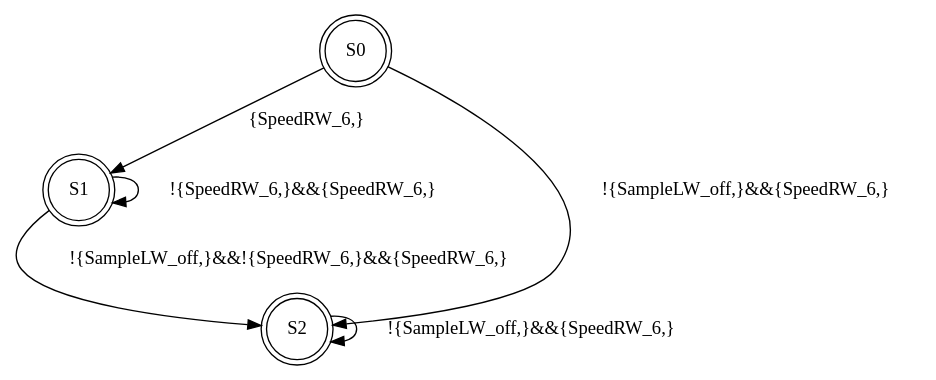
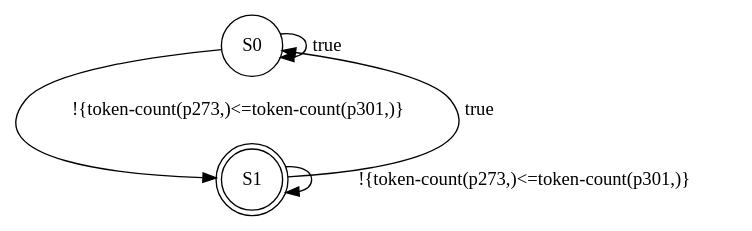
One commit to Tj-Cong/EnPAC_2021_RD changed the diagram in cmake-build-debug/BA.dot. Above: the diagram before and after it, drawn with Graphviz. The commit also changed 53 other files, not shown here.

```diff
--- a/cmake-build-debug/BA.dot
+++ b/cmake-build-debug/BA.dot
@@ -1,11 +1,9 @@
 digraph BA {
-	S0 [shape=doublecircle]
+	S0 [shape=circle]
 	S1 [shape=doublecircle]
-	S2 [shape=doublecircle]
 
-	S0->S2 [label="!{SampleLW_off,}&&{SpeedRW_6,}"]
-	S0->S1 [label="{SpeedRW_6,}"]
-	S1->S2 [label="!{SampleLW_off,}&&!{SpeedRW_6,}&&{SpeedRW_6,}"]
-	S1->S1 [label="!{SpeedRW_6,}&&{SpeedRW_6,}"]
-	S2->S2 [label="!{SampleLW_off,}&&{SpeedRW_6,}"]
+	S0->S1 [label="!{token-count(p273,)<=token-count(p301,)}"]
+	S0->S0 [label="true"]
+	S1->S1 [label="!{token-count(p273,)<=token-count(p301,)}"]
+	S1->S0 [label="true"]
 }
```
